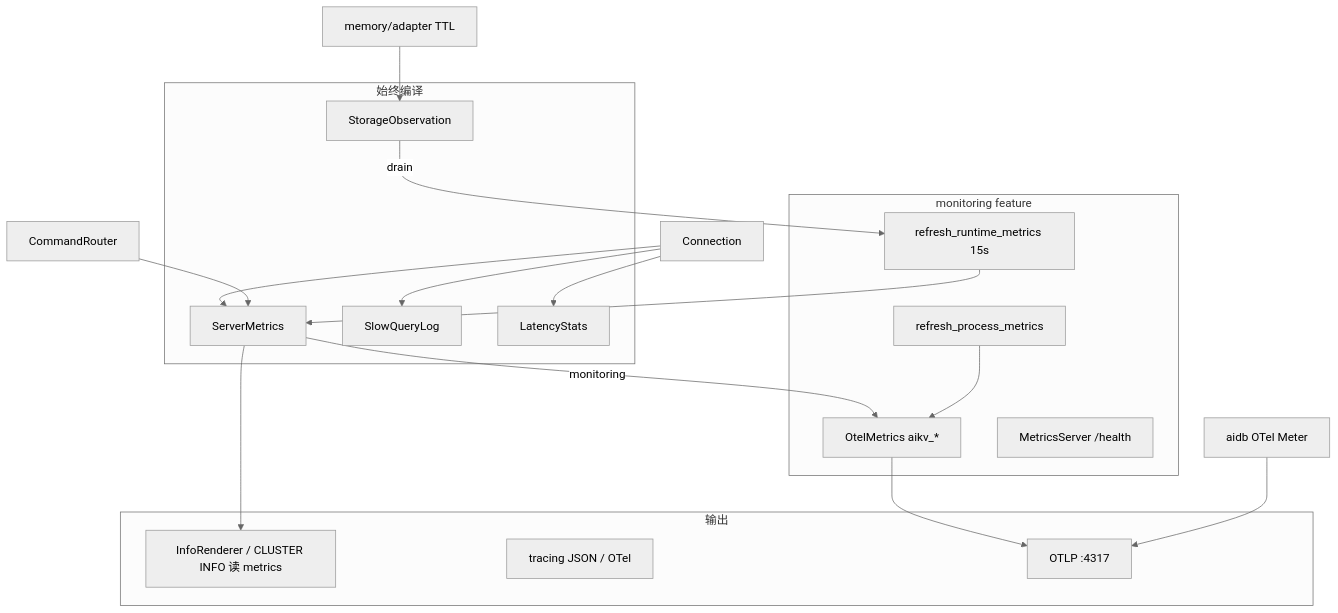
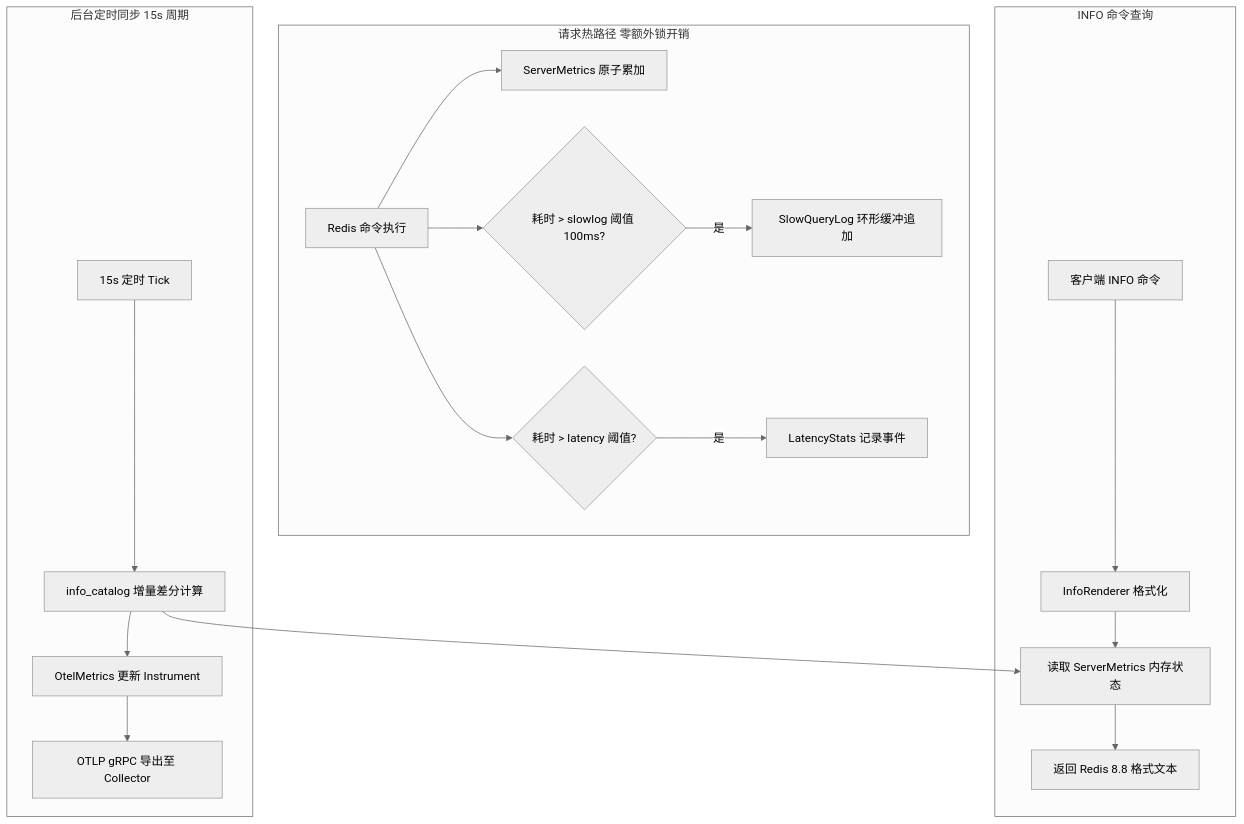
Before and after one commit to Genuineh/AiKv: the diagram in docs/modules/07-observability.md, drawn with Mermaid (neutral theme). The commit also changed other lines of this file and 16 other files, not shown here.

````diff
--- a/docs/modules/07-observability.md
+++ b/docs/modules/07-observability.md
@@ -23,32 +59,23 @@
 ```mermaid
-flowchart TB
-  subgraph always [始终编译]
-    SM[ServerMetrics]
-    SL[SlowQueryLog]
-    LS[LatencyStats]
-    SO[StorageObservation]
-  end
-  subgraph mon [monitoring feature]
-    OM[OtelMetrics aikv_*]
-    HS[MetricsServer /health]
-    RF[refresh_runtime_metrics 15s]
-    PROC[refresh_process_metrics]
-  end
-  subgraph out [输出]
-    INFO[InfoRenderer / CLUSTER INFO 读 metrics]
-    TR[tracing JSON / OTel]
-    OTLP[OTLP :4317]
-  end
-  CONN[Connection] --> SM
-  CONN --> SL
-  CONN --> LS
-  ROUTER[CommandRouter] --> SM
-  STOR[memory/adapter TTL] --> SO
-  SO -->|drain| RF
-  RF --> SM
-  SM --> INFO
-  SM -->|monitoring| OM
-  PROC --> OM
-  OM --> OTLP
-  aidb[aidb OTel Meter] --> OTLP
+flowchart TD
+    subgraph HotExecution [请求热路径 零额外锁开销]
+        Req[Redis 命令执行] --> AtomicInc[ServerMetrics 原子累加]
+        Req --> LatencyCheck{耗时 > slowlog 阈值 100ms?}
+        LatencyCheck -->|是| AppendSlowlog[SlowQueryLog 环形缓冲追加]
+        Req --> SpikeCheck{耗时 > latency 阈值?}
+        SpikeCheck -->|是| AppendLatency[LatencyStats 记录事件]
+    end
+
+    subgraph InfoCommand [INFO 命令查询]
+        InfoReq[客户端 INFO 命令] --> InfoRenderer[InfoRenderer 格式化]
+        InfoRenderer --> ReadMetrics[读取 ServerMetrics 内存状态]
+        ReadMetrics --> RespValue[返回 Redis 8.8 格式文本]
+    end
+
+    subgraph BackgroundSync [后台定时同步 15s 周期]
+        Timer[15s 定时 Tick] --> Sync[info_catalog 增量差分计算]
+        Sync --> ReadMetrics
+        Sync --> OtelPush[OtelMetrics 更新 Instrument]
+        OtelPush --> OTLP[OTLP gRPC 导出至 Collector]
+    end
 ```
````
